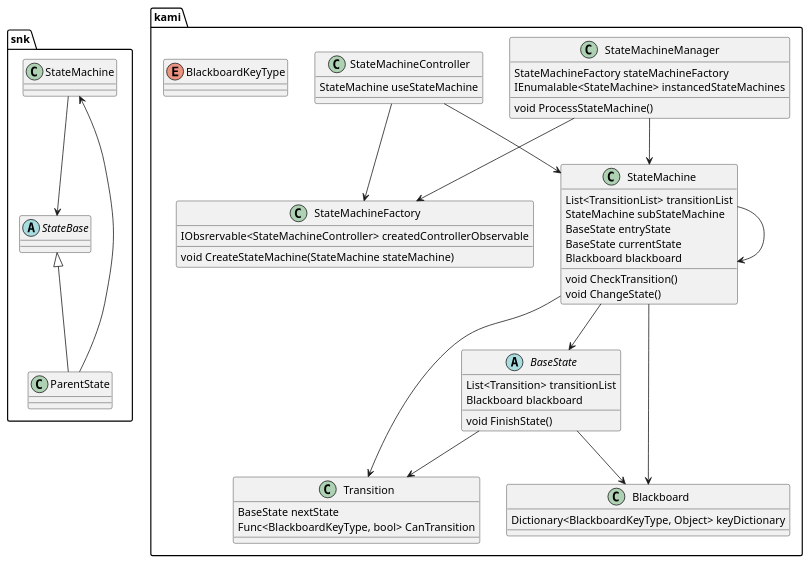
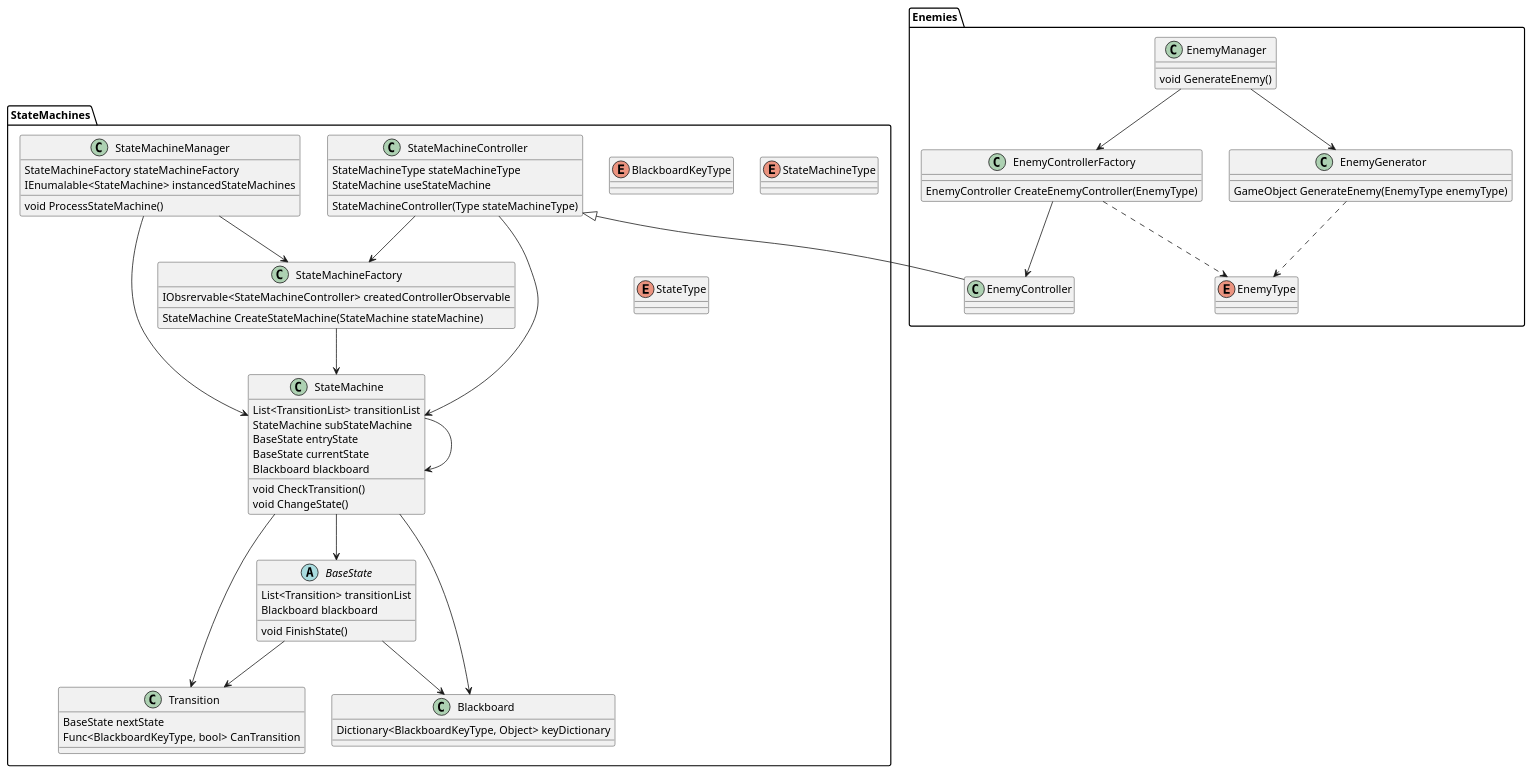
The diagram in ClassDiagrams/StateMachine.pu (snsk0/TowerDefense), drawn with PlantUML before and after one commit. The commit also changed 63 other files, not shown here.

```diff
--- a/ClassDiagrams/StateMachine.pu
+++ b/ClassDiagrams/StateMachine.pu
@@ -1,62 +1,80 @@
 @startuml StateMachine
 
-namespace snk{
-    class StateMachine
-    abstract class StateBase
-    class ParentState
-
-    StateMachine-->StateBase
-    StateBase<|--ParentState
-    ParentState-->StateMachine
-}
-
-namespace kami{
+namespace StateMachines{
     class StateMachineManager{
         StateMachineFactory stateMachineFactory
         IEnumalable<StateMachine> instancedStateMachines
         void ProcessStateMachine()
     }
     class StateMachineFactory{
         IObsrervable<StateMachineController> createdControllerObservable
-        void CreateStateMachine(StateMachine stateMachine)
+        StateMachine CreateStateMachine(StateMachine stateMachine)
     }
     abstract class BaseState{
         List<Transition> transitionList
         Blackboard blackboard
         void FinishState()
     }
     class StateMachine{
         List<TransitionList> transitionList
         StateMachine subStateMachine
         BaseState entryState
         BaseState currentState
         Blackboard blackboard
         void CheckTransition()
         void ChangeState()
     }
     class StateMachineController{
+        StateMachineType stateMachineType
         StateMachine useStateMachine
+        StateMachineController(Type stateMachineType)
     }
     class Transition{
         BaseState nextState
         Func<BlackboardKeyType, bool> CanTransition
     }
     class Blackboard{
         Dictionary<BlackboardKeyType, Object> keyDictionary
     }
     enum BlackboardKeyType
+    enum StateMachineType
+    enum StateType
 
     StateMachineManager-->StateMachineFactory
     StateMachineManager-->StateMachine
     StateMachineController-->StateMachineFactory
+    StateMachineFactory-->StateMachine
 
     StateMachineController-->StateMachine
     StateMachine-->StateMachine
     StateMachine-->BaseState
     StateMachine-->Transition
     StateMachine-->Blackboard
     BaseState-->Transition
     BaseState-->Blackboard
 }
 
+namespace Enemies{
+    class EnemyManager{
+        void GenerateEnemy()
+    }
+    class EnemyGenerator{
+        GameObject GenerateEnemy(EnemyType enemyType)
+    }
+    class EnemyControllerFactory{
+        EnemyController CreateEnemyController(EnemyType)
+    }
+    class EnemyController
+    enum EnemyType
+
+    EnemyManager-->EnemyGenerator
+    EnemyManager-->EnemyControllerFactory
+    EnemyControllerFactory-->EnemyController
+
+    EnemyGenerator..>EnemyType
+    EnemyControllerFactory..>EnemyType
+}
+
+StateMachines.StateMachineController<|--Enemies.EnemyController
+
 @enduml
```
